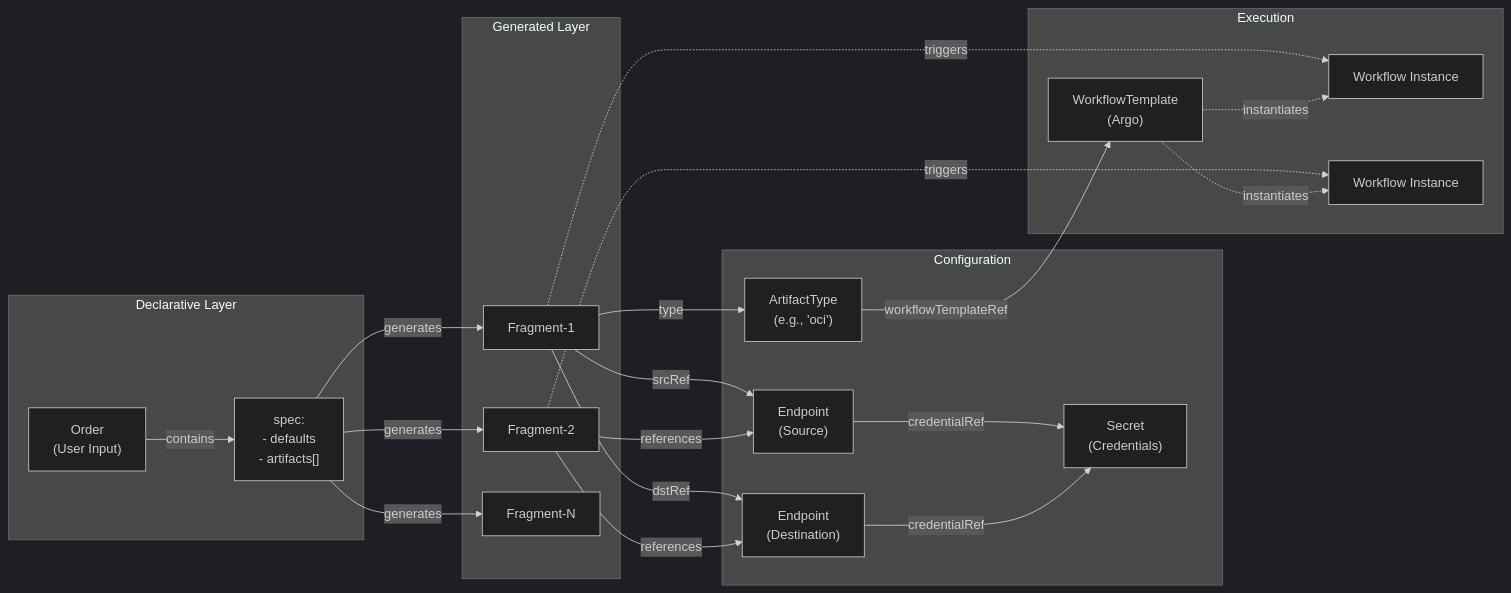
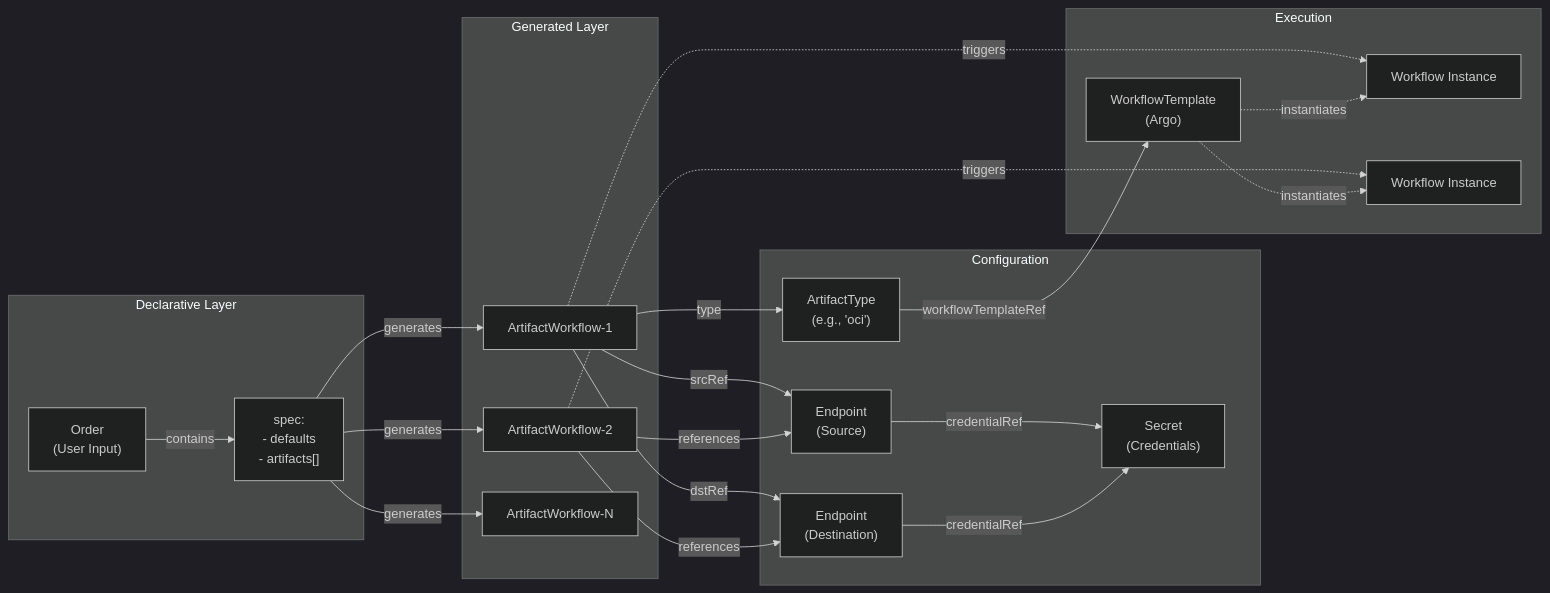
One commit to opendefensecloud/artifact-conduit changed the second of 3 diagrams in docs/index.md. Above: the diagram before and after it, drawn with Mermaid (dark theme). The commit also changed other lines of this file and 53 other files, not shown here.

````diff
--- a/docs/index.md
+++ b/docs/index.md
@@ -94,46 +94,46 @@
 ```mermaid
 graph LR
     subgraph "Declarative Layer"
         Order["Order<br/>(User Input)"]
         OrderSpec["spec:<br/>- defaults<br/>- artifacts[]"]
     end
     
     subgraph "Generated Layer"
-        Fragment1["Fragment-1"]
-        Fragment2["Fragment-2"]
-        FragmentN["Fragment-N"]
+        ArtifactWorkflow1["ArtifactWorkflow-1"]
+        ArtifactWorkflow2["ArtifactWorkflow-2"]
+        ArtifactWorkflowN["ArtifactWorkflow-N"]
     end
     
     subgraph "Configuration"
         SrcEndpoint["Endpoint<br/>(Source)"]
         DstEndpoint["Endpoint<br/>(Destination)"]
         ATD["ArtifactType<br/>(e.g., 'oci')"]
         Secret["Secret<br/>(Credentials)"]
     end
     
     subgraph "Execution"
         WorkflowTemplate["WorkflowTemplate<br/>(Argo)"]
         Workflow1["Workflow Instance"]
         Workflow2["Workflow Instance"]
     end
     
     Order -->|"contains"| OrderSpec
-    OrderSpec -->|"generates"| Fragment1
-    OrderSpec -->|"generates"| Fragment2
-    OrderSpec -->|"generates"| FragmentN
+    OrderSpec -->|"generates"| ArtifactWorkflow1
+    OrderSpec -->|"generates"| ArtifactWorkflow2
+    OrderSpec -->|"generates"| ArtifactWorkflowN
     
-    Fragment1 -->|"srcRef"| SrcEndpoint
-    Fragment1 -->|"dstRef"| DstEndpoint
-    Fragment1 -->|"type"| ATD
-    Fragment2 -->|"references"| SrcEndpoint
-    Fragment2 -->|"references"| DstEndpoint
+    ArtifactWorkflow1 -->|"srcRef"| SrcEndpoint
+    ArtifactWorkflow1 -->|"dstRef"| DstEndpoint
+    ArtifactWorkflow1 -->|"type"| ATD
+    ArtifactWorkflow2 -->|"references"| SrcEndpoint
+    ArtifactWorkflow2 -->|"references"| DstEndpoint
     
     SrcEndpoint -->|"credentialRef"| Secret
     DstEndpoint -->|"credentialRef"| Secret
     
     ATD -->|"workflowTemplateRef"| WorkflowTemplate
-    Fragment1 -.->|"triggers"| Workflow1
-    Fragment2 -.->|"triggers"| Workflow2
+    ArtifactWorkflow1 -.->|"triggers"| Workflow1
+    ArtifactWorkflow2 -.->|"triggers"| Workflow2
     WorkflowTemplate -.->|"instantiates"| Workflow1
     WorkflowTemplate -.->|"instantiates"| Workflow2
 ```
````
